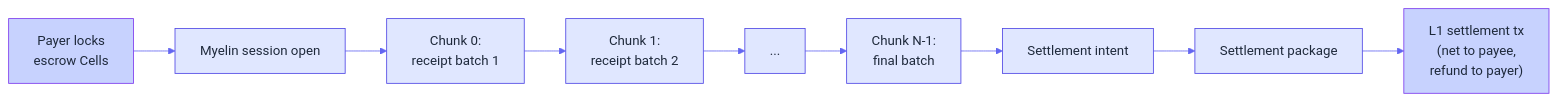
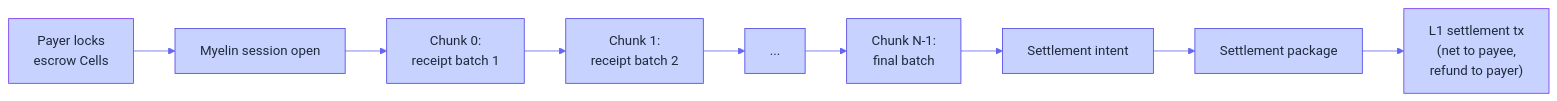
The diagram in docs/patterns/streaming-payments.md (Myelin-Labs/Myelin), drawn with Mermaid before and after one commit. The commit also changed 31 other files, not shown here.

````diff
--- a/docs/patterns/streaming-payments.md
+++ b/docs/patterns/streaming-payments.md
@@ -83,28 +83,28 @@
 ```mermaid
 %%{init: {
   "theme": "base",
   "themeVariables": {
-    "primaryColor": "#EEF2FF",
+    "primaryColor": "#A5B4FC",
     "primaryTextColor": "#1E293B",
     "primaryBorderColor": "#4F46E5",
     "lineColor": "#6366F1",
-    "secondaryColor": "#E0E7FF",
+    "secondaryColor": "#C7D2FE",
     "tertiaryColor": "#C7D2FE"
   }
 }}%%
 flowchart LR
     A["Payer locks<br/>escrow Cells"]:::l1
     B["Myelin session open"]:::l2
     C["Chunk 0:<br/>receipt batch 1"]:::l2
     D["Chunk 1:<br/>receipt batch 2"]:::l2
     E["..."]:::l2
     F["Chunk N-1:<br/>final batch"]:::l2
     G["Settlement intent"]:::l2
     H["Settlement package"]:::l2
     I["L1 settlement tx<br/>(net to payee,<br/>refund to payer)"]:::l1
 
     A --> B --> C --> D --> E --> F --> G --> H --> I
 
     classDef l1 fill:#C7D2FE,stroke:#7C3AED,color:#1E293B;
-    classDef l2 fill:#E0E7FF,stroke:#4F46E5,color:#1E293B;
+    classDef l2 fill:#C7D2FE,stroke:#4F46E5,color:#1E293B;
 ```
````
